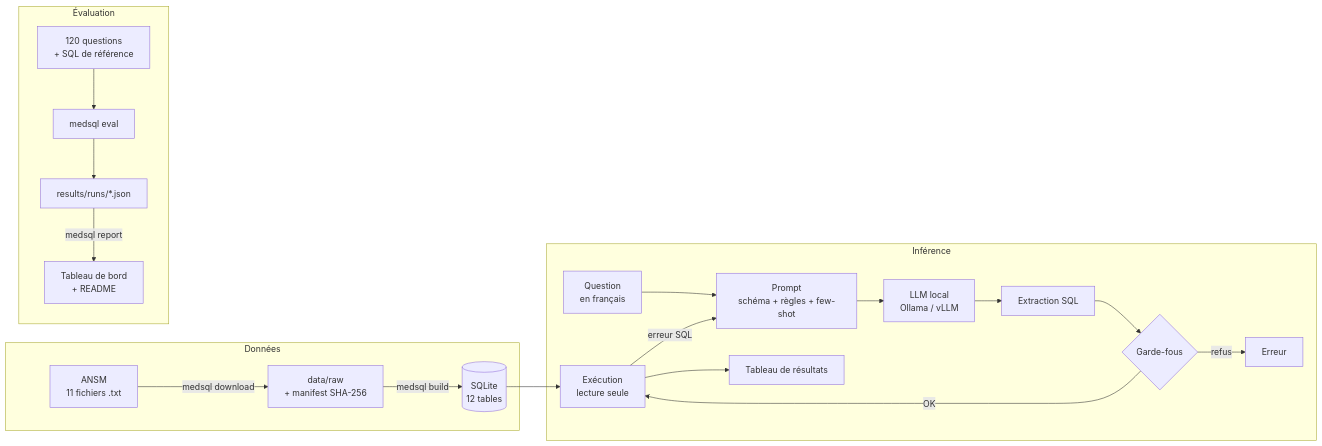
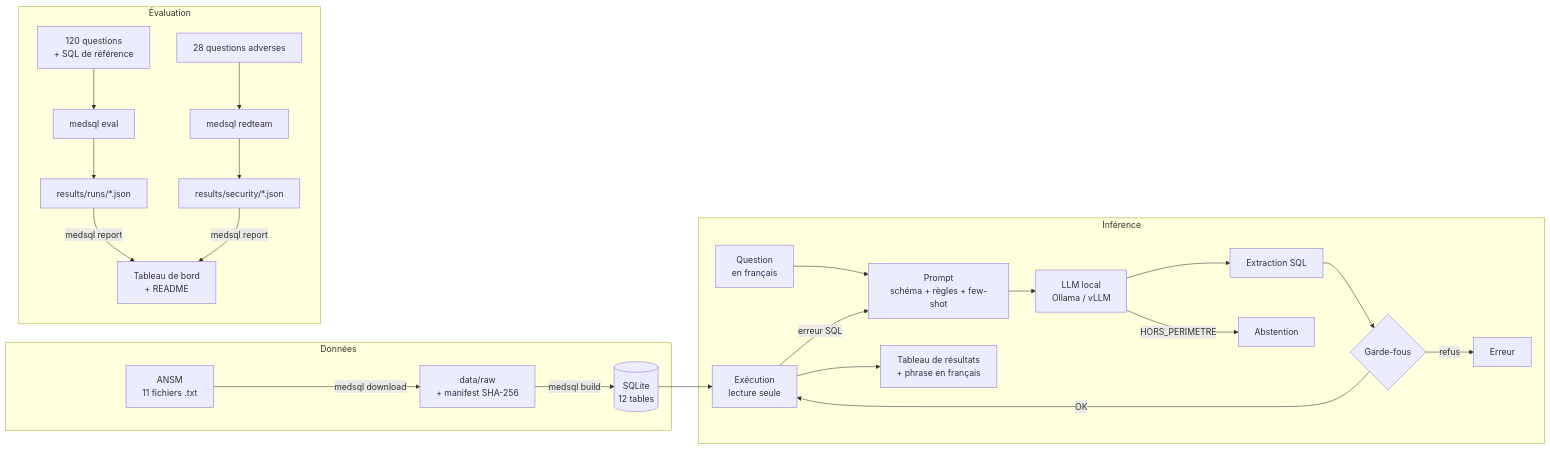
The diagram in docs/architecture.md (GracielaTHOO/TEXT_TO_SQL4DRUGS), drawn with Mermaid before and after one commit. The commit also changed other lines of this file and 8 other files, not shown here.

````diff
--- a/docs/architecture.md
+++ b/docs/architecture.md
@@ -5,23 +5,27 @@
 ```mermaid
 flowchart LR
     subgraph Données
         A[ANSM<br/>11 fichiers .txt] -->|medsql download| B[data/raw<br/>+ manifest SHA-256]
         B -->|medsql build| C[(SQLite<br/>12 tables)]
     end
     subgraph Inférence
         Q[Question<br/>en français] --> P[Prompt<br/>schéma + règles + few-shot]
         P --> L[LLM local<br/>Ollama / vLLM]
         L --> X[Extraction SQL]
         X --> G{Garde-fous}
+        L -->|HORS_PERIMETRE| AB[Abstention]
         G -->|refus| E[Erreur]
         G -->|OK| R[Exécution<br/>lecture seule]
         R -->|erreur SQL| P
-        R --> T[Tableau de résultats]
+        R --> T[Tableau de résultats<br/>+ phrase en français]
     end
     C --> R
     subgraph Évaluation
         D[120 questions<br/>+ SQL de référence] --> V[medsql eval]
         V --> J[results/runs/*.json]
         J -->|medsql report| H[Tableau de bord<br/>+ README]
+        AD[28 questions adverses] --> RT[medsql redteam]
+        RT --> K[results/security/*.json]
+        K -->|medsql report| H
     end
 ```
````
